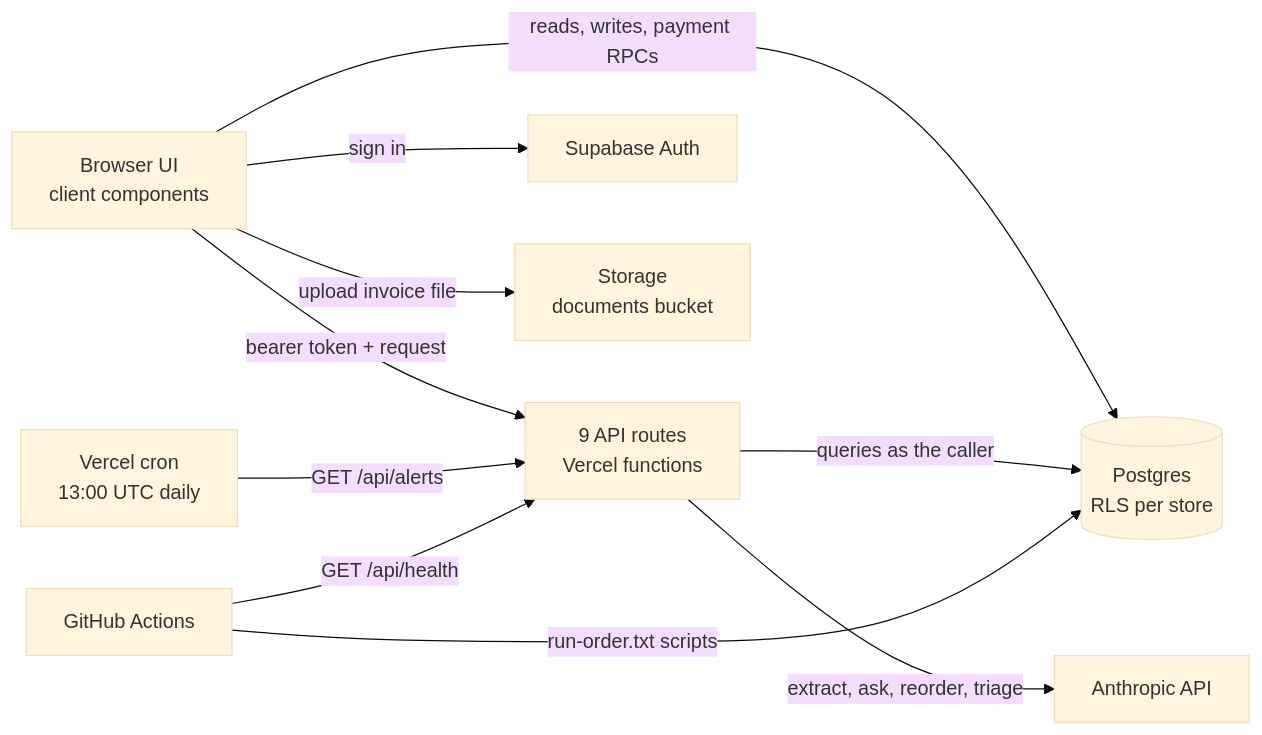
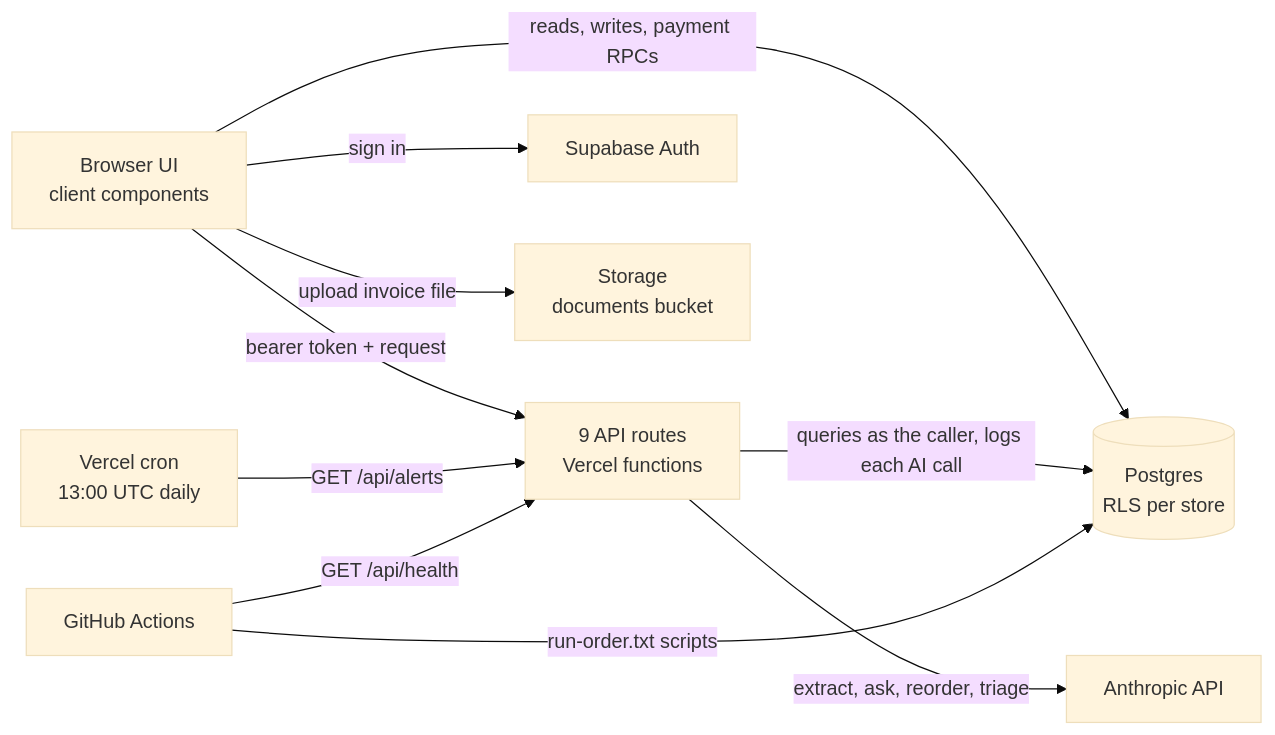
One commit to raviteja0012/robinsons-store changed the second of 6 diagrams in docs/ARCHITECTURE.md. Above: the diagram before and after it, drawn with Mermaid (base theme). The commit also changed other lines of this file and 2 other files, not shown here.

Commit message:
Record the AI usage log and the main ruleset in the architecture

````diff
--- a/docs/ARCHITECTURE.md
+++ b/docs/ARCHITECTURE.md
@@ -80,20 +80,20 @@
 ```mermaid
 flowchart LR
   UI["Browser UI<br/>client components"]
   API["9 API routes<br/>Vercel functions"]
   CRON["Vercel cron<br/>13:00 UTC daily"]
   AUTH["Supabase Auth"]
   DB[("Postgres<br/>RLS per store")]
   ST["Storage<br/>documents bucket"]
   AN["Anthropic API"]
   GHA["GitHub Actions"]
   UI -- "sign in" --> AUTH
   UI -- "reads, writes, payment RPCs" --> DB
   UI -- "upload invoice file" --> ST
   UI -- "bearer token + request" --> API
   CRON -- "GET /api/alerts" --> API
-  API -- "queries as the caller" --> DB
+  API -- "queries as the caller, logs each AI call" --> DB
   API -- "extract, ask, reorder, triage" --> AN
   GHA -- "run-order.txt scripts" --> DB
   GHA -- "GET /api/health" --> API
 ```
````
